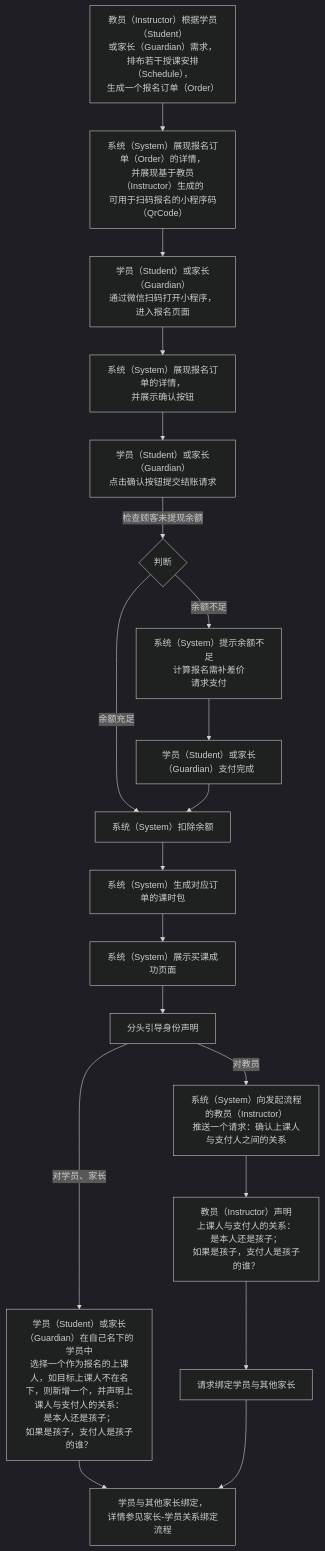
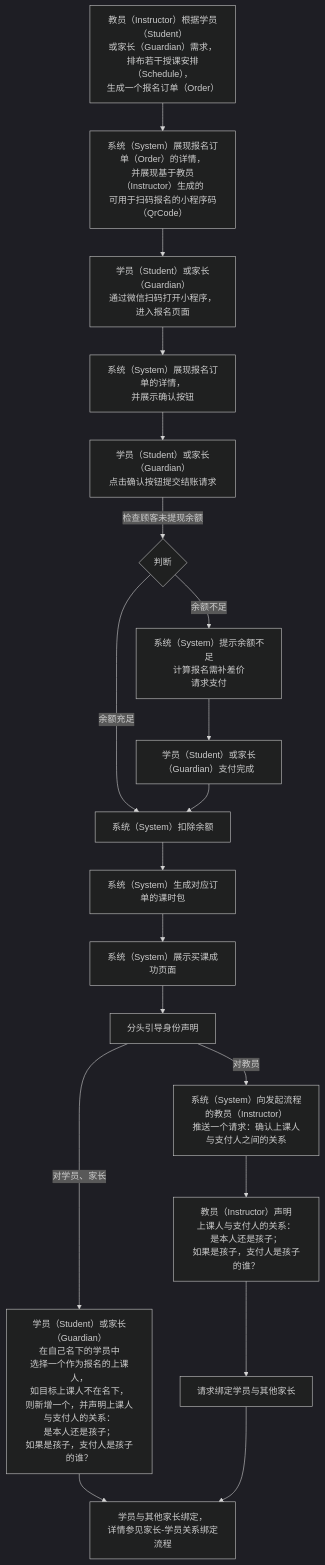
Before and after one commit to world-wide-web/sign: the diagram in 用例/报名.md, drawn with Mermaid (dark theme). The commit also changed other lines of this file, not shown here.

Commit message:
用例/报名.md updated from https://stackedit.io/

````diff
--- a/用例/报名.md
+++ b/用例/报名.md
@@ -7,54 +7,54 @@
 ```mermaid
 graph TD
 
 生成报名订单-->生成报名码
 生成报名码-->扫码报名
 扫码报名-->展现报名订单
 展现报名订单-->确认并提交结账请求
 确认并提交结账请求--检查顾客未提现余额-->检查顾客未提现余额
 检查顾客未提现余额--余额充足-->扣除余额
 检查顾客未提现余额--余额不足-->请求支付
 请求支付-->支付完成
 支付完成-->扣除余额
 扣除余额-->生成课时包
 生成课时包-->提示买课成功
 提示买课成功-->分头引导身份声明
 分头引导身份声明--"对教员"-->请求身份声明
 分头引导身份声明--"对学员、家长"-->指定上课人
 请求身份声明-->教员代理身份声明
 教员代理身份声明-->请求绑定学员与其他家长
 指定上课人-->学员与其他家长绑定
 请求绑定学员与其他家长-->学员与其他家长绑定
 
 生成报名订单["<center>教员（Instructor）根据学员（Student）<br>或家长（Guardian）需求，<br>排布若干授课安排（Schedule），<br>生成一个报名订单（Order）</center>"]
 
 生成报名码["<center>系统（System）展现报名订单（Order）的详情，<br>并展现基于教员（Instructor）生成的<br>可用于扫码报名的小程序码（QrCode）</center>"]
 
 扫码报名["<center>学员（Student）或家长（Guardian）<br>通过微信扫码打开小程序，进入报名页面</center>"]
 
 展现报名订单["<center>系统（System）展现报名订单的详情，<br>并展示确认按钮</center>"]
 
 确认并提交结账请求["<center>学员（Student）或家长（Guardian）<br>点击确认按钮提交结账请求</center>"]
 
 检查顾客未提现余额{判断}
 
 请求支付["<center>系统（System）提示余额不足<br>计算报名需补差价<br>请求支付</center>"]
 
 支付完成["<center>学员（Student）或家长（Guardian）支付完成</center>"]
 
 扣除余额["<center>系统（System）扣除余额</center>"]
 
 生成课时包["<center>系统（System）生成对应订单的课时包</center>"]
 
 提示买课成功["<center>系统（System）展示买课成功页面</center>"]
 
 请求身份声明["<center>系统（System）向发起流程的教员（Instructor）<br>推送一个请求：确认上课人与支付人之间的关系</center>"]
 
-指定上课人["<center>学员（Student）或家长（Guardian）在自己名下的学员中<br>选择一个作为报名的上课人，如目标上课人不在名下，则新增一个，并声明上课人与支付人的关系：<br>是本人还是孩子；<br>如果是孩子，支付人是孩子的谁？</center>"]
+指定上课人["<center>学员（Student）或家长（Guardian）<br>在自己名下的学员中<br>选择一个作为报名的上课人，<br>如目标上课人不在名下，<br>则新增一个，并声明上课人与支付人的关系：<br>是本人还是孩子；<br>如果是孩子，支付人是孩子的谁？</center>"]
 
 教员代理身份声明["<center>教员（Instructor）声明<br>上课人与支付人的关系：<br>是本人还是孩子；<br>如果是孩子，支付人是孩子的谁？</center>"]
 
 请求绑定学员与其他家长
 
 学员与其他家长绑定["<center>学员与其他家长绑定，<br>详情参见家长-学员关系绑定流程</center>"]
 ```
````
